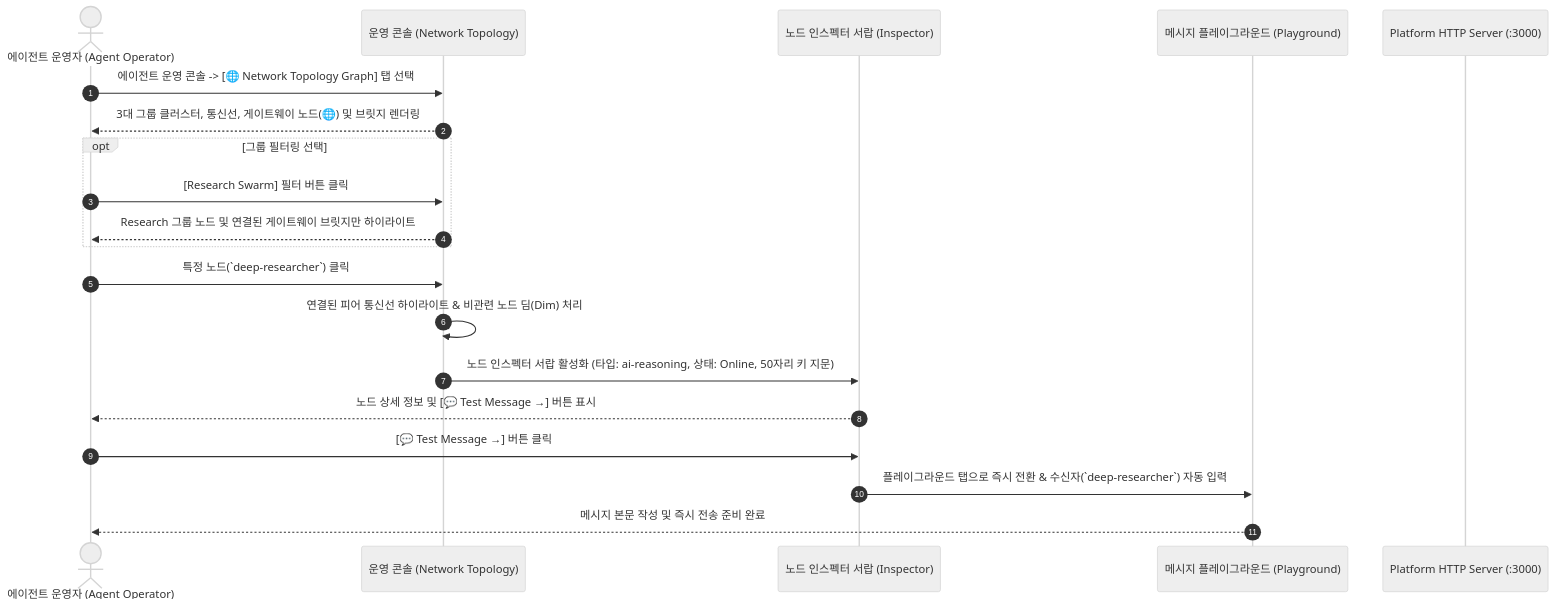
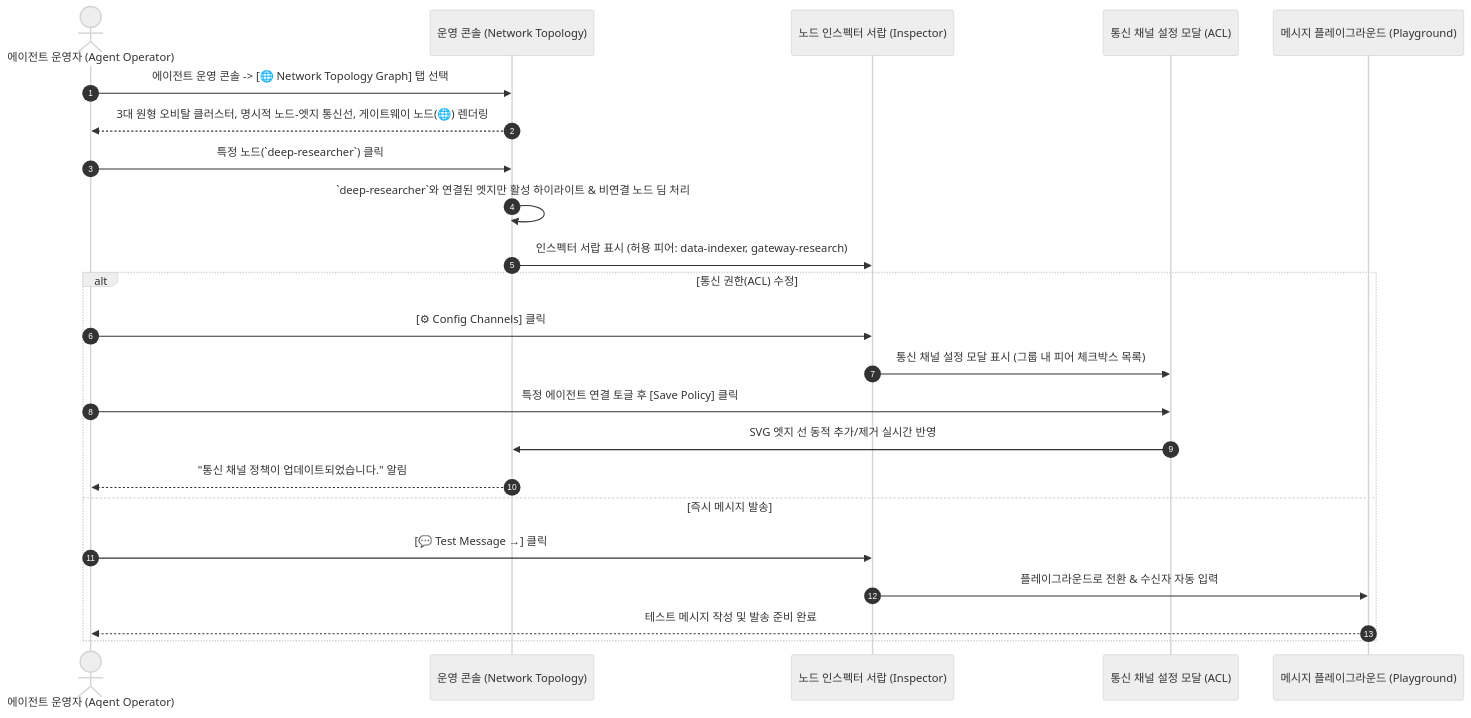
One commit to sir-mirr/agent-mesh-platform changed the second of 7 diagrams in docs/operator-functional-spec.md. Above: the diagram before and after it, drawn with Mermaid (neutral theme). The commit also changed other lines of this file and 1 other file, not shown here.

Commit message:
feat: implement circular orbital topology clusters with explicit selective node-to-node edges and channel ACL configuration modal (spec v2.5.0)

````diff
--- a/docs/operator-functional-spec.md
+++ b/docs/operator-functional-spec.md
@@ -74,26 +74,28 @@
 ```mermaid
 sequenceDiagram
     autonumber
     actor Operator as 에이전트 운영자 (Agent Operator)
     participant UI as 운영 콘솔 (Network Topology)
     participant Drawer as 노드 인스펙터 서랍 (Inspector)
+    participant Modal as 통신 채널 설정 모달 (ACL)
     participant PG as 메시지 플레이그라운드 (Playground)
-    participant HTTP as Platform HTTP Server (:3000)
 
     Operator->>UI: 에이전트 운영 콘솔 -> [🌐 Network Topology Graph] 탭 선택
-    UI-->>Operator: 3대 그룹 클러스터, 통신선, 게이트웨이 노드(🌐) 및 브릿지 렌더링
-    
-    opt 그룹 필터링 선택
-        Operator->>UI: [Research Swarm] 필터 버튼 클릭
-        UI-->>Operator: Research 그룹 노드 및 연결된 게이트웨이 브릿지만 하이라이트
-    end
+    UI-->>Operator: 3대 원형 오비탈 클러스터, 명시적 노드-엣지 통신선, 게이트웨이 노드(🌐) 렌더링
 
     Operator->>UI: 특정 노드(`deep-researcher`) 클릭
-    UI->>UI: 연결된 피어 통신선 하이라이트 & 비관련 노드 딤(Dim) 처리
-    UI->>Drawer: 노드 인스펙터 서랍 활성화 (타입: ai-reasoning, 상태: Online, 50자리 키 지문)
-    Drawer-->>Operator: 노드 상세 정보 및 [💬 Test Message →] 버튼 표시
+    UI->>UI: `deep-researcher`와 연결된 엣지만 활성 하이라이트 & 비연결 노드 딤 처리
+    UI->>Drawer: 인스펙터 서랍 표시 (허용 피어: data-indexer, gateway-research)
 
-    Operator->>Drawer: [💬 Test Message →] 버튼 클릭
-    Drawer->>PG: 플레이그라운드 탭으로 즉시 전환 & 수신자(`deep-researcher`) 자동 입력
-    PG-->>Operator: 메시지 본문 작성 및 즉시 전송 준비 완료
+    alt 통신 권한(ACL) 수정
+        Operator->>Drawer: [⚙ Config Channels] 클릭
+        Drawer->>Modal: 통신 채널 설정 모달 표시 (그룹 내 피어 체크박스 목록)
+        Operator->>Modal: 특정 에이전트 연결 토글 후 [Save Policy] 클릭
+        Modal->>UI: SVG 엣지 선 동적 추가/제거 실시간 반영
+        UI-->>Operator: "통신 채널 정책이 업데이트되었습니다." 알림
+    else 즉시 메시지 발송
+        Operator->>Drawer: [💬 Test Message →] 클릭
+        Drawer->>PG: 플레이그라운드로 전환 & 수신자 자동 입력
+        PG-->>Operator: 테스트 메시지 작성 및 발송 준비 완료
+    end
 ```
````
